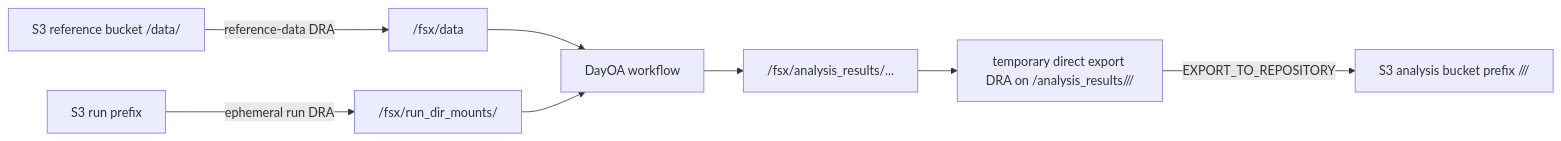
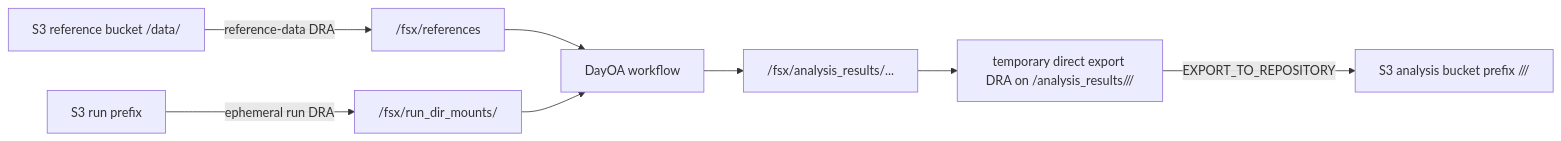
One commit to Daylily-Informatics/daylily-ephemeral-cluster changed the diagram in README.md. Above: the diagram before and after it, drawn with Mermaid. The commit also changed other lines of this file and 162 other files, not shown here.

````diff
--- a/README.md
+++ b/README.md
@@ -125,10 +125,10 @@
 ```mermaid
 flowchart LR
-  Ref["S3 reference bucket /data/"] -->|reference-data DRA| Data["/fsx/data"]
+  Ref["S3 reference bucket /data/"] -->|reference-data DRA| Data["/fsx/references"]
   Run["S3 run prefix"] -->|ephemeral run DRA| Mount["/fsx/run_dir_mounts/<mount_id>"]
   Data --> Workflow["DayOA workflow"]
   Mount --> Workflow
   Workflow --> Results["/fsx/analysis_results/..."]
   Results --> Export["temporary direct export DRA on /analysis_results/<executing_entity>/<analysis_id>/"]
   Export -->|EXPORT_TO_REPOSITORY| Analysis["S3 analysis bucket prefix /<executing_entity>/<analysis_id>/"]
 ```
````
